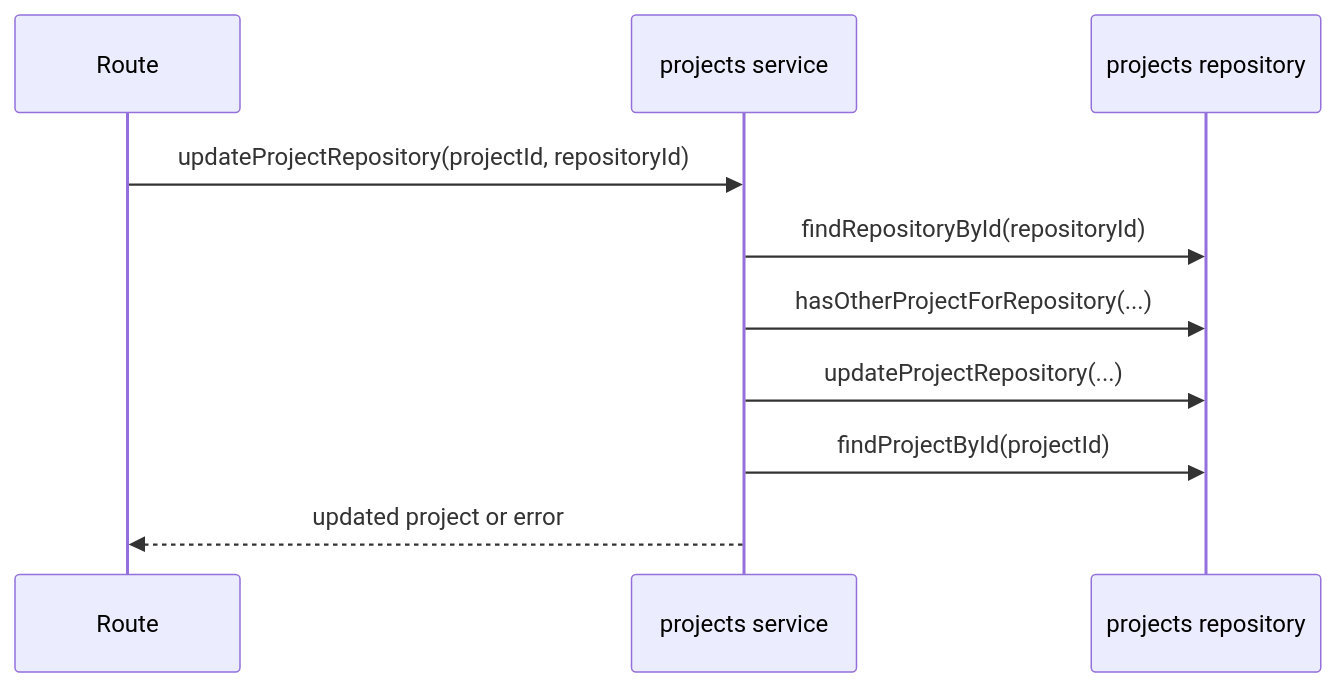
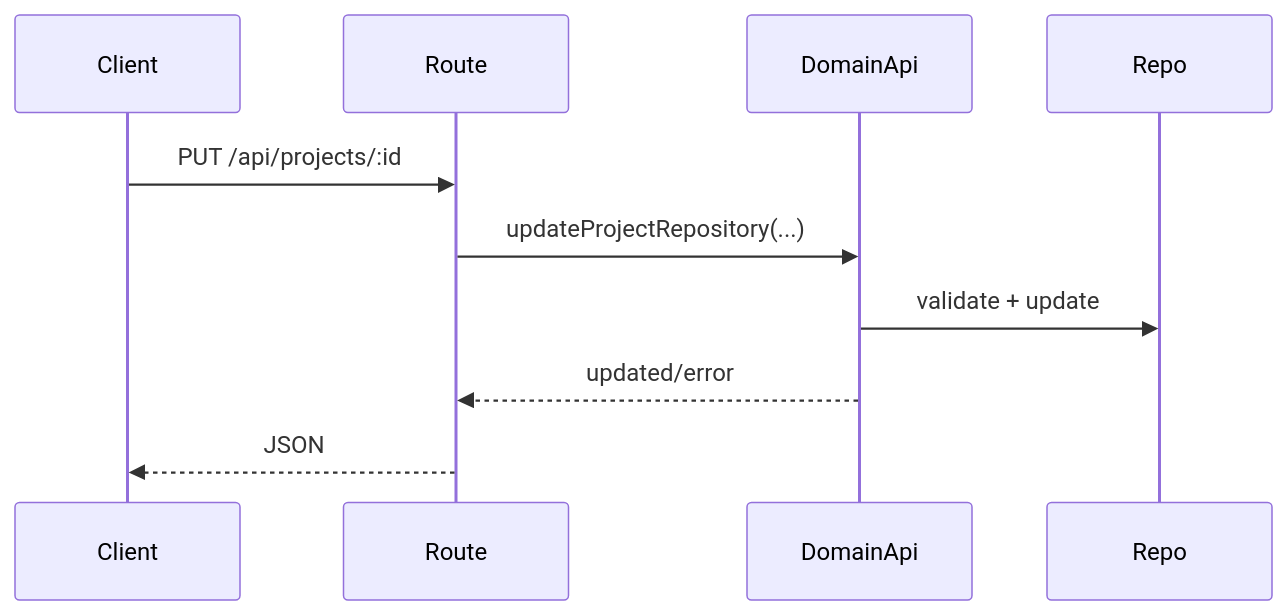
Before and after one commit to TurtleStoffel/tektite-console: the fourth of 5 diagrams in src/backend/domains/projects/README.md, drawn with Mermaid. The commit also changed other lines of this file and 30 other files, not shown here.

Commit message:
split domainApi from service

````diff
--- a/src/backend/domains/projects/README.md
+++ b/src/backend/domains/projects/README.md
@@ -48,12 +56,12 @@
 ```mermaid
 sequenceDiagram
+    participant Client
     participant Route
-    participant Service as projects service
-    participant Repo as projects repository
-    Route->>Service: updateProjectRepository(projectId, repositoryId)
-    Service->>Repo: findRepositoryById(repositoryId)
-    Service->>Repo: hasOtherProjectForRepository(...)
-    Service->>Repo: updateProjectRepository(...)
-    Service->>Repo: findProjectById(projectId)
-    Service-->>Route: updated project or error
+    participant DomainApi
+    participant Repo
+    Client->>Route: PUT /api/projects/:id
+    Route->>DomainApi: updateProjectRepository(...)
+    DomainApi->>Repo: validate + update
+    DomainApi-->>Route: updated/error
+    Route-->>Client: JSON
 ```
````
